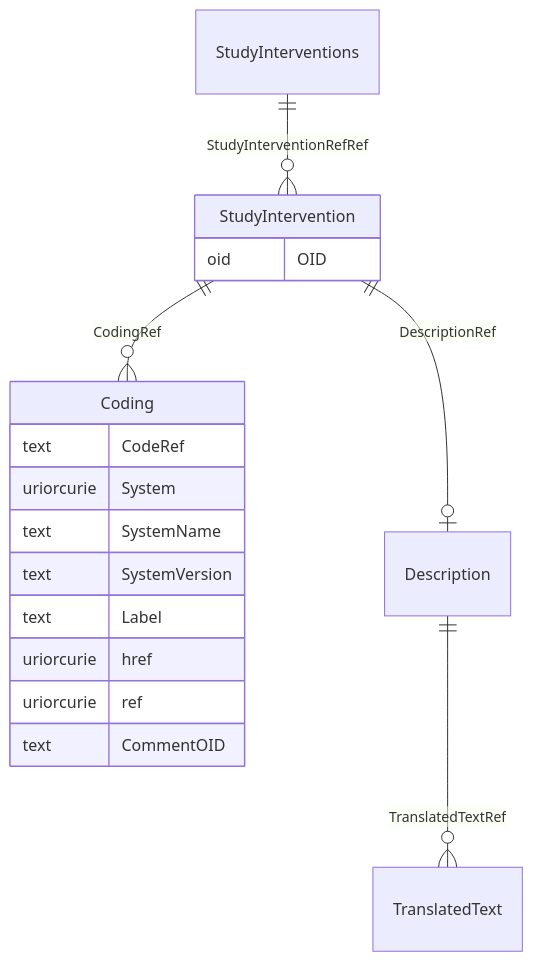
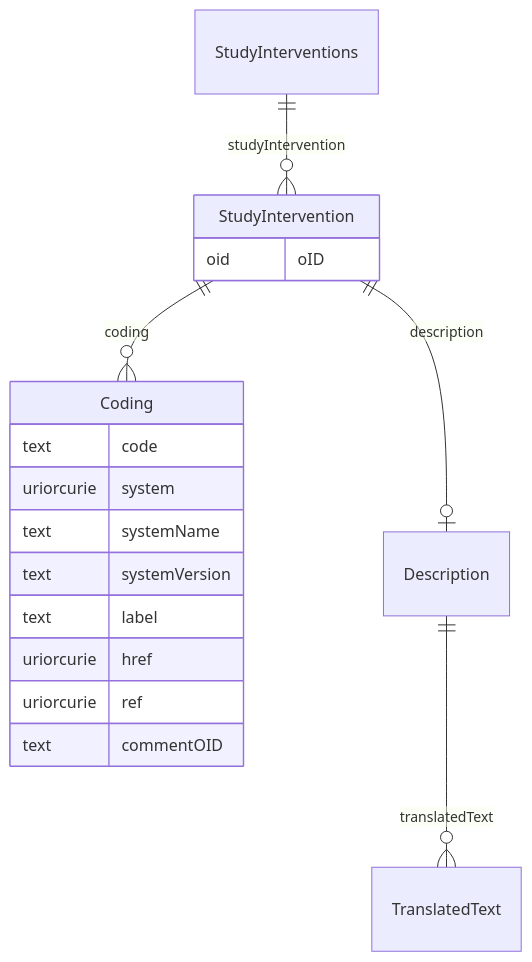
The diagram in docs/StudyInterventions.md (cdisc-org/DataExchange-ODM-LinkML), drawn with Mermaid before and after one commit. The commit also changed other lines of this file and 759 other files, not shown here.

````diff
--- a/docs/StudyInterventions.md
+++ b/docs/StudyInterventions.md
@@ -11,28 +11,28 @@
 ```mermaid
 erDiagram
 StudyInterventions {
 
 }
 StudyIntervention {
-    oid OID  
+    oid oID  
 }
 Coding {
-    text CodeRef  
-    uriorcurie System  
-    text SystemName  
-    text SystemVersion  
-    text Label  
+    text code  
+    uriorcurie system  
+    text systemName  
+    text systemVersion  
+    text label  
     uriorcurie href  
     uriorcurie ref  
-    text CommentOID  
+    text commentOID  
 }
 Description {
 
 }
 
-StudyInterventions ||--}o StudyIntervention : "StudyInterventionRefRef"
-StudyIntervention ||--|o Description : "DescriptionRef"
-StudyIntervention ||--}o Coding : "CodingRef"
-Description ||--}o TranslatedText : "TranslatedTextRef"
+StudyInterventions ||--}o StudyIntervention : "studyIntervention"
+StudyIntervention ||--|o Description : "description"
+StudyIntervention ||--}o Coding : "coding"
+Description ||--}o TranslatedText : "translatedText"
 
 ```
````
